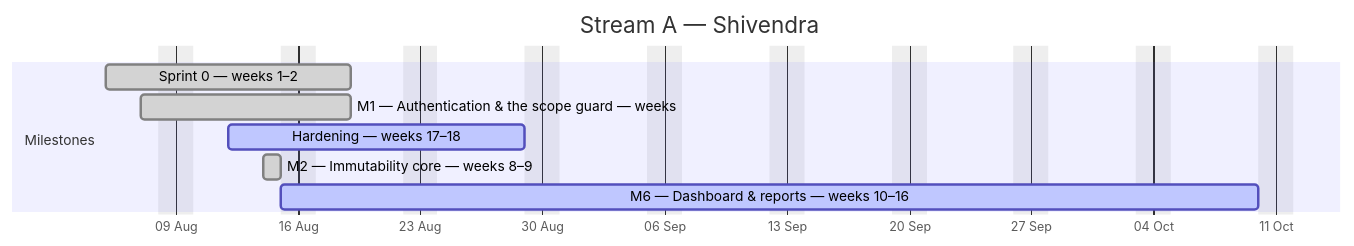
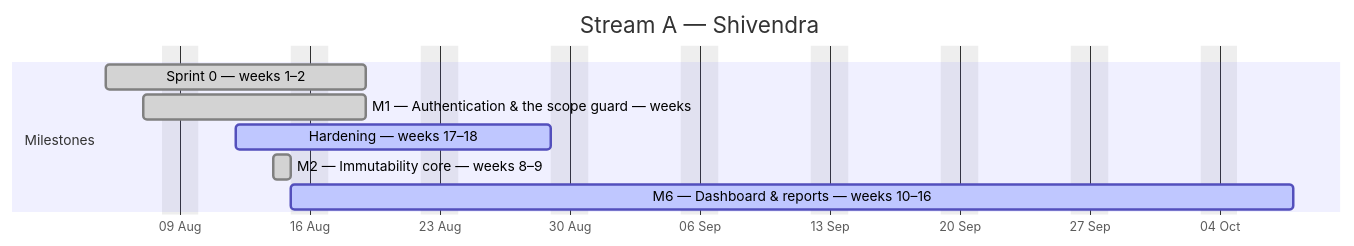
One commit to debashisedunext/EduTrack changed the first of 4 diagrams in docs/plan/GANTT.md. Above: the diagram before and after it, drawn with Mermaid. The commit also changed other lines of this file and 3 other files, not shown here.

````diff
--- a/docs/plan/GANTT.md
+++ b/docs/plan/GANTT.md
@@ -107,13 +105,13 @@
 ```mermaid
 gantt
     dateFormat YYYY-MM-DD
     axisFormat %d %b
     title Stream A — Shivendra
     excludes weekends
     section Milestones
     Sprint 0 — weeks 1–2 :done, a0, 2026-08-05, 10d
     M1 — Authentication & the scope guard — weeks :done, a1, 2026-08-07, 8d
     Hardening — weeks 17–18 :active, a2, 2026-08-12, 13d
     M2 — Immutability core — weeks 8–9 :done, a3, 2026-08-14, 1d
-    M6 — Dashboard & reports — weeks 10–16 :active, a4, 2026-08-15, 41d
+    M6 — Dashboard & reports — weeks 10–16 :active, a4, 2026-08-15, 39d
 ```
````
